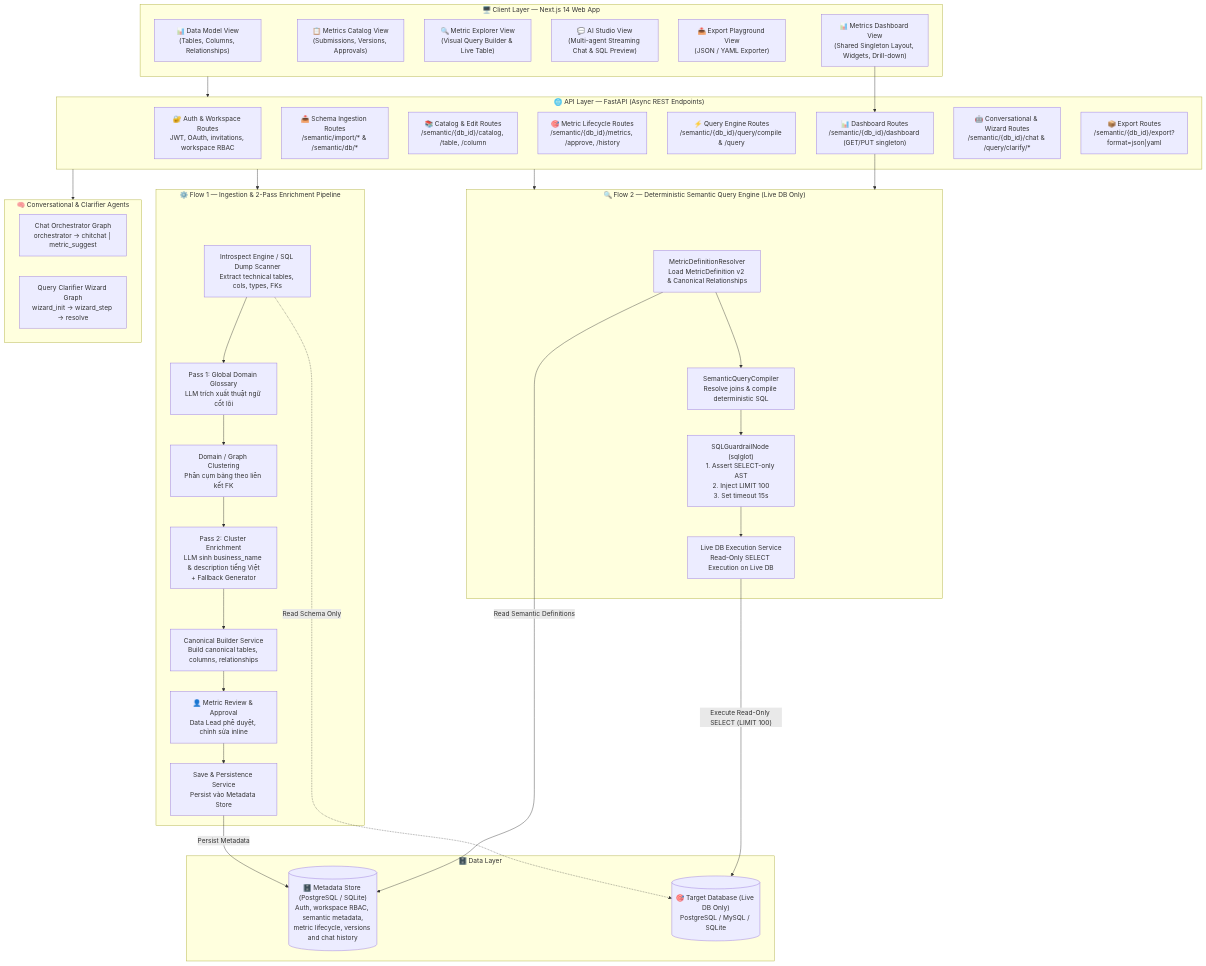
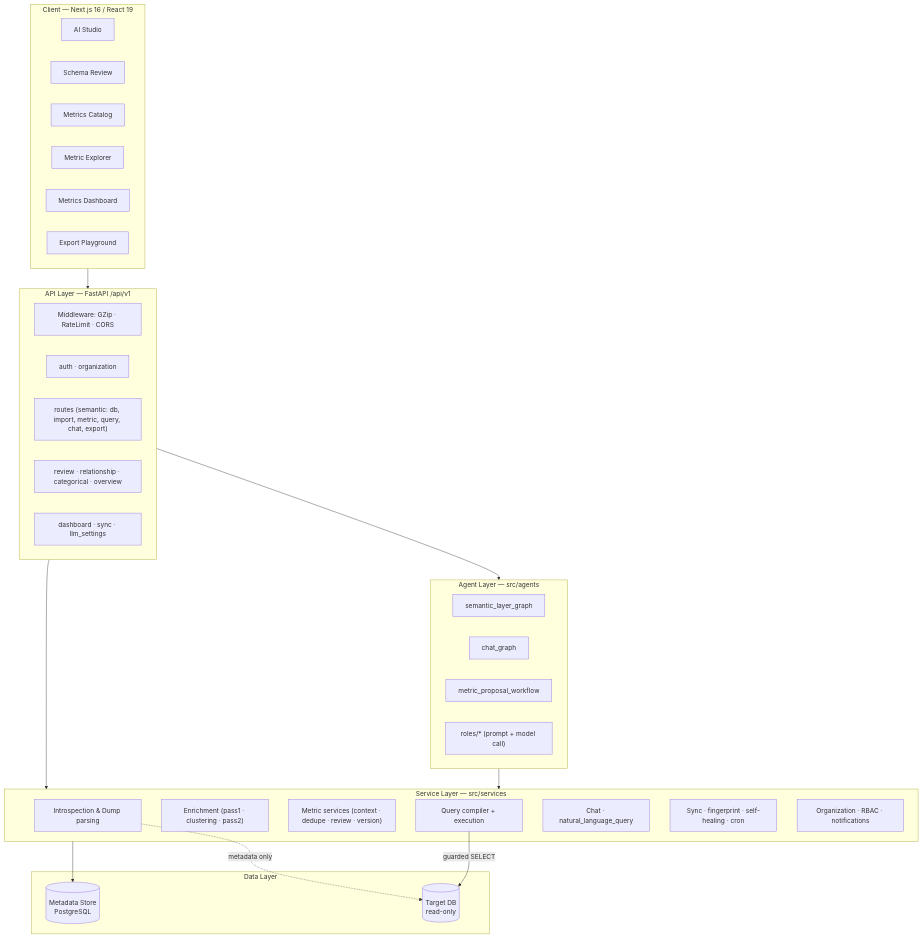
Before and after one commit to thanqpham/AI-Semantic-Layer-Team07: the first of 10 diagrams in ARCHITECTURE.md, drawn with Mermaid. The commit also changed other lines of this file and 2 other files, not shown here.

First line of the commit message:
Viết lại README, ARCHITECTURE và thêm PROJECT_STRUCTURE

````diff
--- a/ARCHITECTURE.md
+++ b/ARCHITECTURE.md
@@ -31,65 +54,49 @@
 ```mermaid
 graph TB
-    subgraph Client["🖥️ Client Layer — Next.js 14 Web App"]
-        V1["📊 Data Model View\n(Tables, Columns, Relationships)"]
-        V2["📋 Metrics Catalog View\n(Submissions, Versions, Approvals)"]
-        V3["🔍 Metric Explorer View\n(Visual Query Builder & Live Table)"]
-        V4["💬 AI Studio View\n(Multi-agent Streaming Chat & SQL Preview)"]
-        V5["📤 Export Playground View\n(JSON / YAML Exporter)"]
-        V6["📊 Metrics Dashboard View\n(Shared Singleton Layout, Widgets, Drill-down)"]
+    subgraph Client["Client — Next.js 16 / React 19"]
+        V1["AI Studio"]
+        V2["Schema Review"]
+        V3["Metrics Catalog"]
+        V4["Metric Explorer"]
+        V5["Metrics Dashboard"]
+        V6["Export Playground"]
     end
 
-    subgraph API["🌐 API Layer — FastAPI (Async REST Endpoints)"]
-        AUTH_API["🔐 Auth & Workspace Routes\nJWT, OAuth, invitations, workspace RBAC"]
-        INGEST_API["📥 Schema Ingestion Routes\n/semantic/import/* & /semantic/db/*"]
-        CATALOG_API["📚 Catalog & Edit Routes\n/semantic/{db_id}/catalog, /table, /column"]
-        METRIC_API["🎯 Metric Lifecycle Routes\n/semantic/{db_id}/metrics, /approve, /history"]
-        QUERY_API["⚡ Query Engine Routes\n/semantic/{db_id}/query/compile & /query"]
-        DASH_API["📊 Dashboard Routes\n/semantic/{db_id}/dashboard (GET/PUT singleton)"]
-        AGENT_API["🤖 Conversational & Wizard Routes\n/semantic/{db_id}/chat & /query/clarify/*"]
-        EXPORT_API["📦 Export Routes\n/semantic/{db_id}/export?format=json|yaml"]
+    subgraph API["API Layer — FastAPI /api/v1"]
+        MW["Middleware: GZip · RateLimit · CORS"]
+        R1["auth · organization"]
+        R2["routes (semantic: db, import, metric, query, chat, export)"]
+        R3["review · relationship · categorical · overview"]
+        R4["dashboard · sync · llm_settings"]
     end
 
-    subgraph Flow1["⚙️ Flow 1 — Ingestion & 2-Pass Enrichment Pipeline"]
-        G_INGEST["Introspect Engine / SQL Dump Scanner\nExtract technical tables, cols, types, FKs"]
-        G_PASS1["Pass 1: Global Domain Glossary\nLLM trích xuất thuật ngữ cốt lõi"]
-        G_CLUSTER["Domain / Graph Clustering\nPhân cụm bảng theo liên kết FK"]
-        G_PASS2["Pass 2: Cluster Enrichment\nLLM sinh business_name & description tiếng Việt\n+ Fallback Generator"]
-        G_CANONICAL["Canonical Builder Service\nBuild canonical tables, columns, relationships"]
-        HITL["👤 Metric Review & Approval\nData Lead phê duyệt, chỉnh sửa inline"]
-        G_PERSIST["Save & Persistence Service\nPersist vào Metadata Store"]
-
-        G_INGEST --> G_PASS1 --> G_CLUSTER --> G_PASS2 --> G_CANONICAL --> HITL --> G_PERSIST
+    subgraph Services["Service Layer — src/services"]
+        S1["Introspection & Dump parsing"]
+        S2["Enrichment (pass1 · clustering · pass2)"]
+        S3["Metric services (context · dedupe · review · version)"]
+        S4["Query compiler + execution"]
+        S5["Chat · natural_language_query"]
+        S6["Sync · fingerprint · self-healing · cron"]
+        S7["Organization · RBAC · notifications"]
     end
 
-    subgraph Flow2["🔍 Flow 2 — Deterministic Semantic Query Engine (Live DB Only)"]
-        Q_RESOLVE["MetricDefinitionResolver\nLoad MetricDefinition v2 & Canonical Relationships"]
-        Q_COMP["SemanticQueryCompiler\nResolve joins & compile deterministic SQL"]
-        Q_GUARD["SQLGuardrailNode (sqlglot)\n1. Assert SELECT-only AST\n2. Inject LIMIT 100\n3. Set timeout 15s"]
-        Q_EXEC["Live DB Execution Service\nRead-Only SELECT Execution on Live DB"]
-
-        Q_RESOLVE --> Q_COMP --> Q_GUARD --> Q_EXEC
+    subgraph Agents["Agent Layer — src/agents"]
+        G1["semantic_layer_graph"]
+        G2["chat_graph"]
+        G3["metric_proposal_workflow"]
+        RO["roles/* (prompt + model call)"]
     end
 
-    subgraph MultiAgent["🧠 Conversational & Clarifier Agents"]
-        CHAT_ORCH["Chat Orchestrator Graph\norchestrator -> chitchat | metric_suggest"]
-        WIZARD_ORCH["Query Clarifier Wizard Graph\nwizard_init -> wizard_step -> resolve"]
-    end
-
-    subgraph Data["🗄️ Data Layer"]
-        METADB[("🗄️ Metadata Store (PostgreSQL / SQLite)\nAuth, workspace RBAC, semantic metadata,\nmetric lifecycle, versions and chat history")]
-        TARGET[("🎯 Target Database (Live DB Only)\nPostgreSQL / MySQL / SQLite")]
+    subgraph Data["Data Layer"]
+        META[("Metadata Store<br/>PostgreSQL")]
+        TARGET[("Target DB<br/>read-only")]
     end
 
     Client --> API
-    V6 --> DASH_API
-    API --> Flow1
-    API --> Flow2
-    DASH_API --> Flow2
-    API --> MultiAgent
-
-    G_INGEST -.->|"Read Schema Only"| TARGET
-    G_PERSIST -->|Persist Metadata| METADB
-    Q_RESOLVE -->|Read Semantic Definitions| METADB
-    Q_EXEC -->|"Execute Read-Only SELECT (LIMIT 100)"| TARGET
+    API --> Services
+    API --> Agents
+    Agents --> Services
+    Services --> META
+    S1 -. "metadata only" .-> TARGET
+    S4 -- "guarded SELECT" --> TARGET
 ```
````
